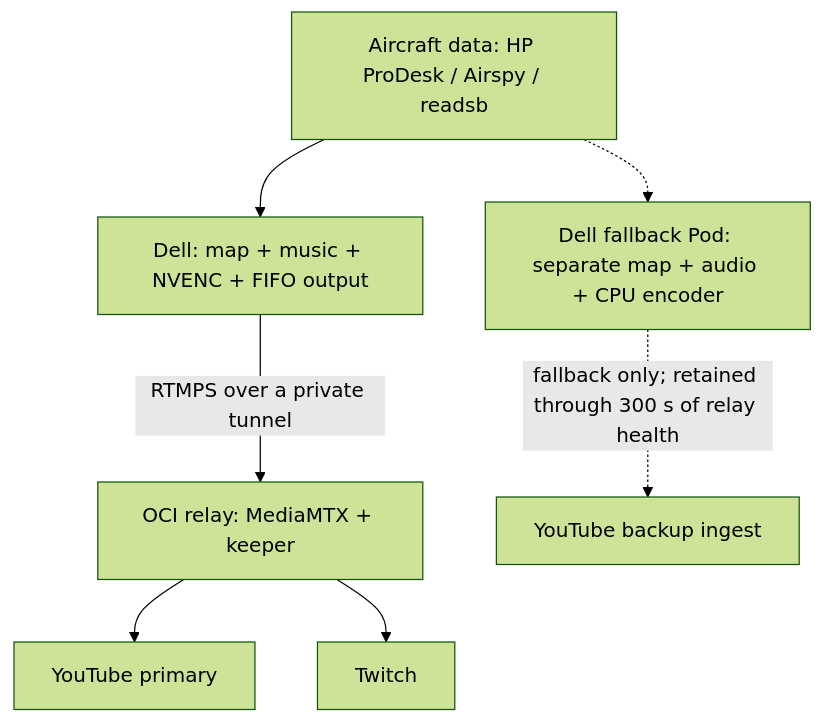
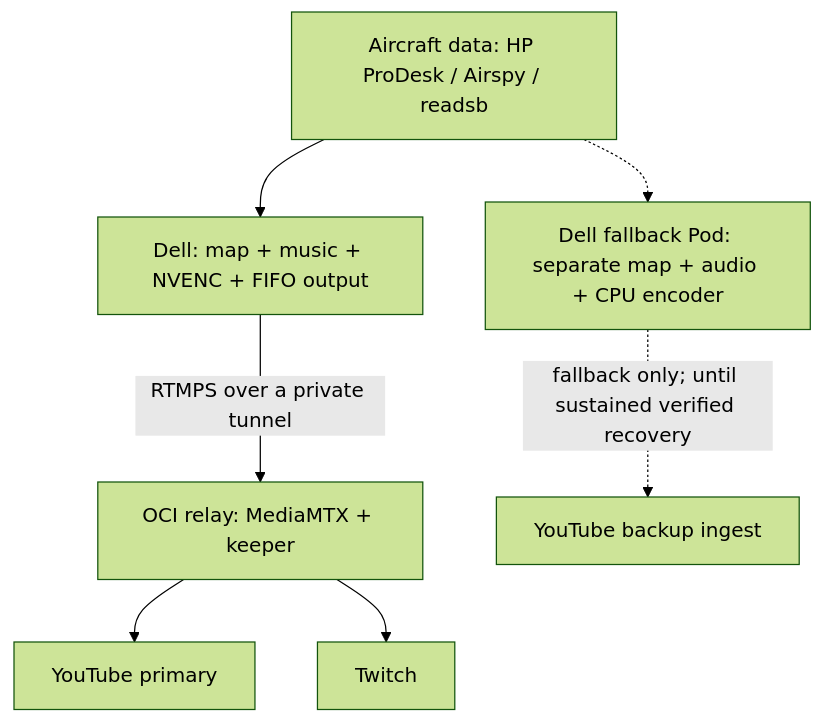
The first of 2 diagrams in README.md (yukimurata0421/live-stream-systems-case-study), drawn with Mermaid (forest theme) before and after one commit. The commit also changed other lines of this file and 119 other files, not shown here.

````diff
--- a/README.md
+++ b/README.md
@@ -70,9 +73,9 @@
 ```mermaid
 flowchart TB
     SOURCE["Aircraft data: HP ProDesk / Airspy / readsb"] --> MEDIA["Dell: map + music + NVENC + FIFO output"]
     MEDIA -->|"RTMPS over a private tunnel"| OCI["OCI relay: MediaMTX + keeper"]
     OCI --> YT["YouTube primary"]
     OCI --> TW["Twitch"]
     SOURCE -.-> BACKUP["Dell fallback Pod: separate map + audio + CPU encoder"]
-    BACKUP -.->|"fallback only; retained through 300 s of relay health"| YTB["YouTube backup ingest"]
+    BACKUP -.->|"fallback only; until sustained verified recovery"| YTB["YouTube backup ingest"]
 ```
````
